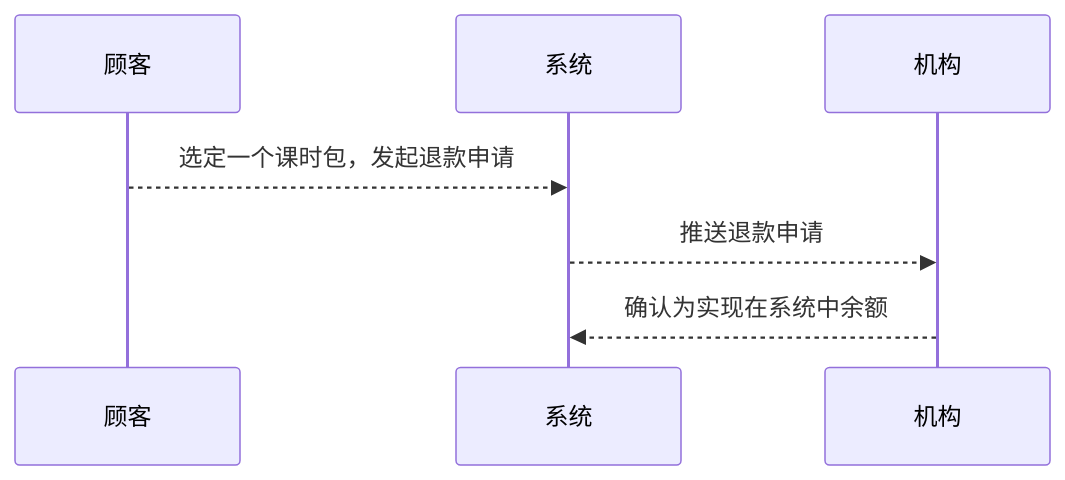
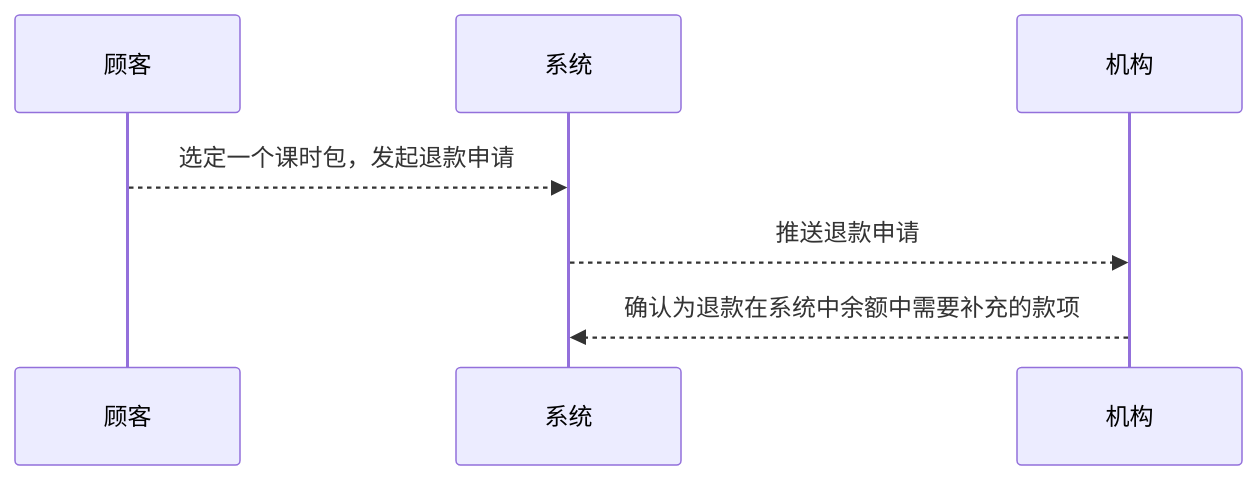
One commit to world-wide-web/sign changed the diagram in 模块/课时包/用例/退课时包.md. Above: the diagram before and after it, drawn with Mermaid. The commit also changed other lines of this file, not shown here.

Commit message:
模块/课时包/用例/退课时包.md updated from https://stackedit.io/

````diff
--- a/模块/课时包/用例/退课时包.md
+++ b/模块/课时包/用例/退课时包.md
@@ -10,9 +10,9 @@
 	```mermaid
 	sequenceDiagram
 
 	顾客-->>系统: 选定一个课时包，发起退款申请
 
 	系统-->>机构: 推送退款申请
 
-	机构-->>系统: 确认为实现在系统中余额
+	机构-->>系统: 确认为退款在系统中余额中需要补充的款项
 	```
````
